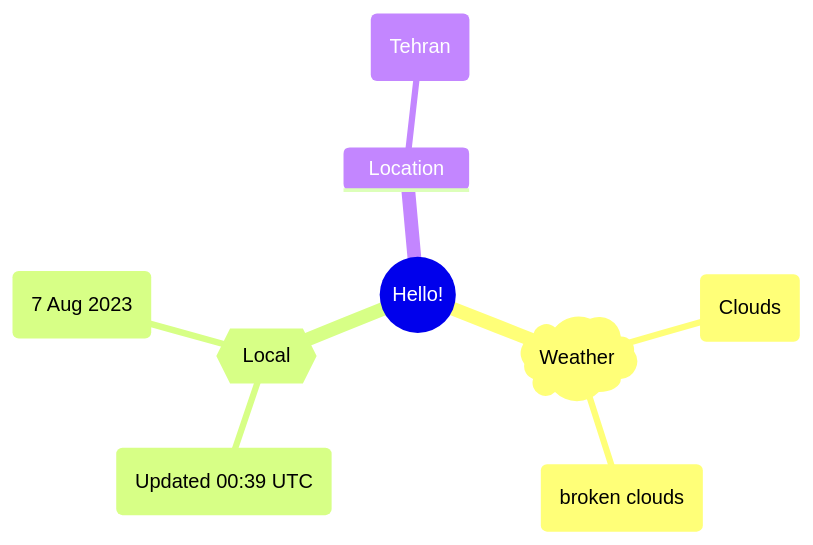
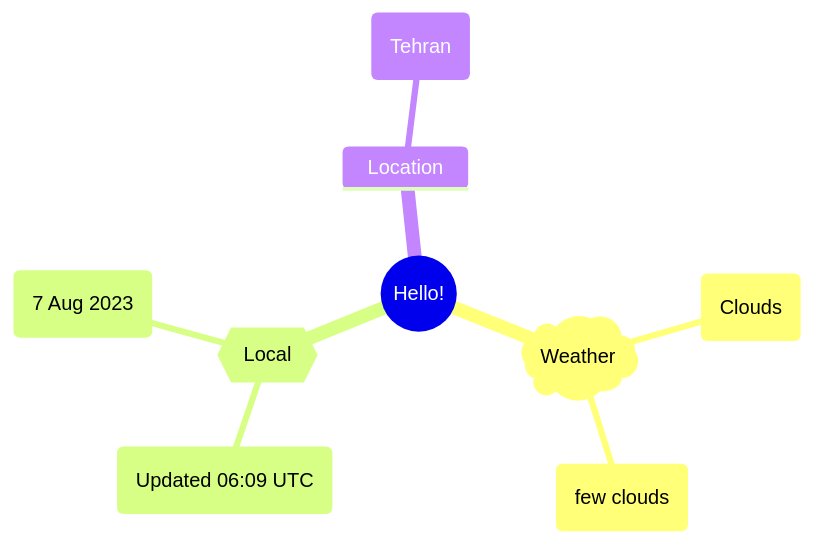
One commit to Xosrov/Xosrov changed the first of 2 diagrams in README.md. Above: the diagram before and after it, drawn with Mermaid.

Commit message:
[bot] updated images

````diff
--- a/README.md
+++ b/README.md
@@ -3,12 +3,12 @@
 ```mermaid
 mindmap
   root((Hello!))
     )Weather(
         (Clouds)
-        (broken clouds)
+        (few clouds)
     {{Local}}
-        (Updated 00:39 UTC)
+        (Updated 06:09 UTC)
         (7 Aug 2023)
     Location
         (Tehran)
 ```
````
